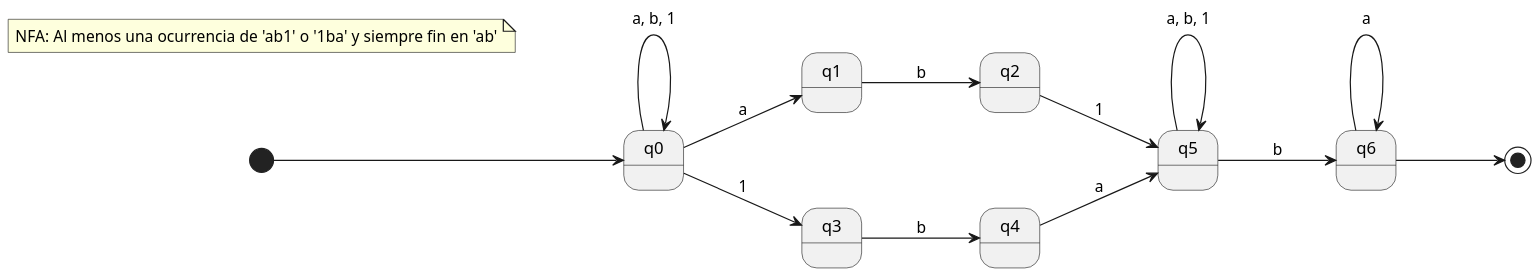
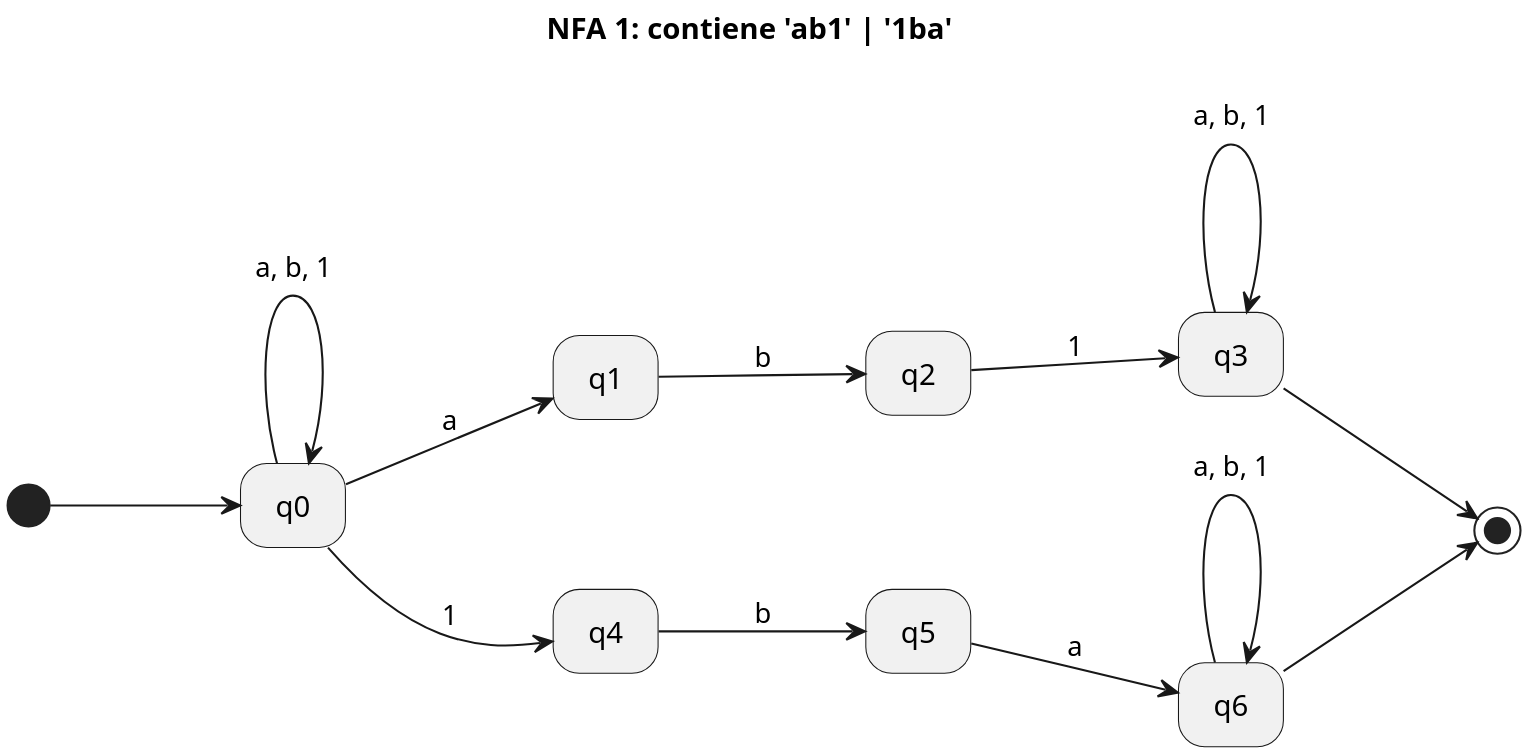
One commit to GutierrezLuisEduardo/ImplementacionAnalisisLexico changed the first of 4 diagrams in README.md. Above: the diagram before and after it, drawn with PlantUML. The commit also changed other lines of this file, not shown here.

````diff
--- a/README.md
+++ b/README.md
@@ -32,42 +24,36 @@
-```PlantUML
+```plantuml
 @startuml
-[*] --> q0
+hide empty description
+
 left to right direction 
 scale 2048 width
 
 skinparam nodesep 80
 skinparam ranksep 90
 
-note "NFA: Al menos una ocurrencia de 'ab1' o '1ba' y siempre fin en 'ab'" as nota
+title NFA 1: contiene 'ab1' | '1ba'
 
+[*] --> q0
 
-' Lee cualquier pregijo  
+' cualquier símbolo sin avanzar
 q0 --> q0 : a, b, 1
 
-' Intento de detectar "ab1"
-q0 --> q1 : a  
-q1 --> q2 : b  
-q2 --> q5 : 1
+' Rama ab1
+q0 --> q1 : a
+q1 --> q2 : b
+q2 --> q3 : 1
 
-' Intento de detectar "1ba"
-q0 --> q3 : 1  
-q3 --> q4 : b  
-q4 --> q5 : a
+' Rama 1ba
+q0 --> q4 : 1
+q4 --> q5 : b
+q5 --> q6 : a
 
-' Encontró alguno  
-q5 --> q5 : a, b, 1
+' Estados de aceptación (pero siguen)
+q3 --> q3 : a, b, 1
+q6 --> q6 : a, b, 1
 
-q5 --> q6 : b
-q6 --> q6 : a
-
+q3 --> [*]
 q6 --> [*]
 
-<style>
-stateDiagram {
-  arrow {
-    LineThickness 0.85
-  }
-}
-</style>
 @enduml
 ```
````
